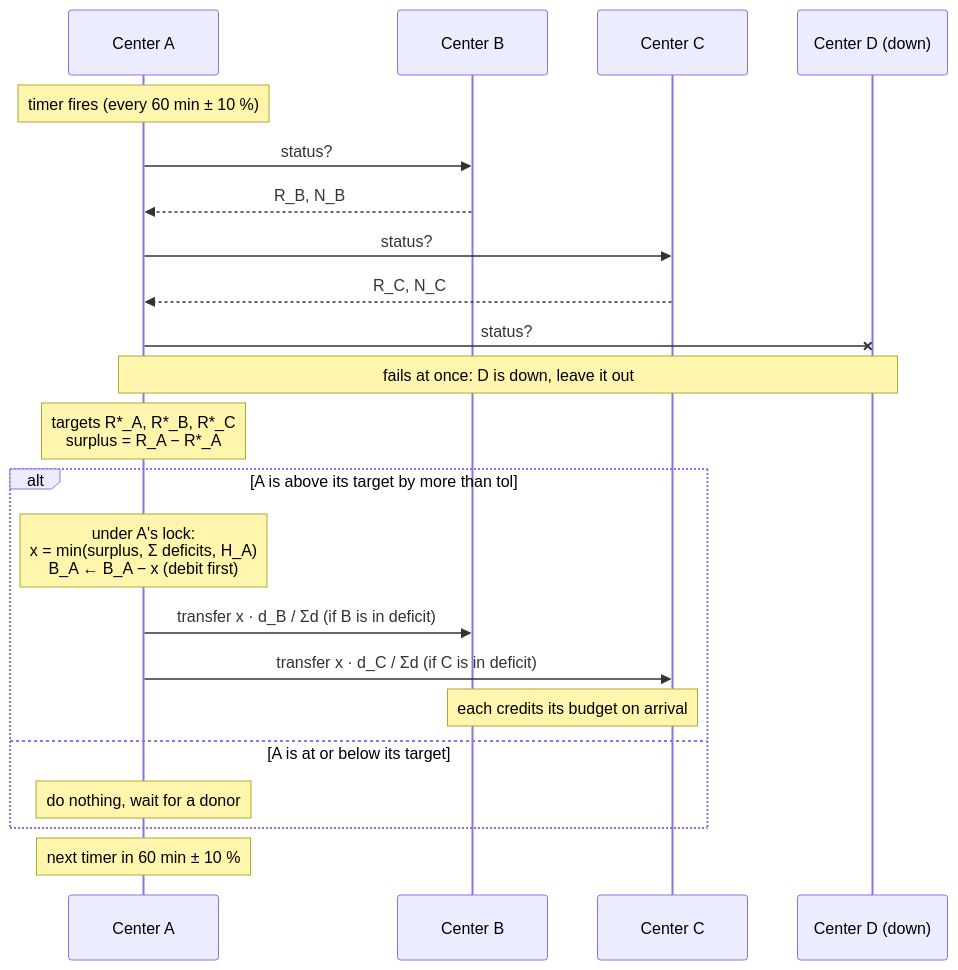
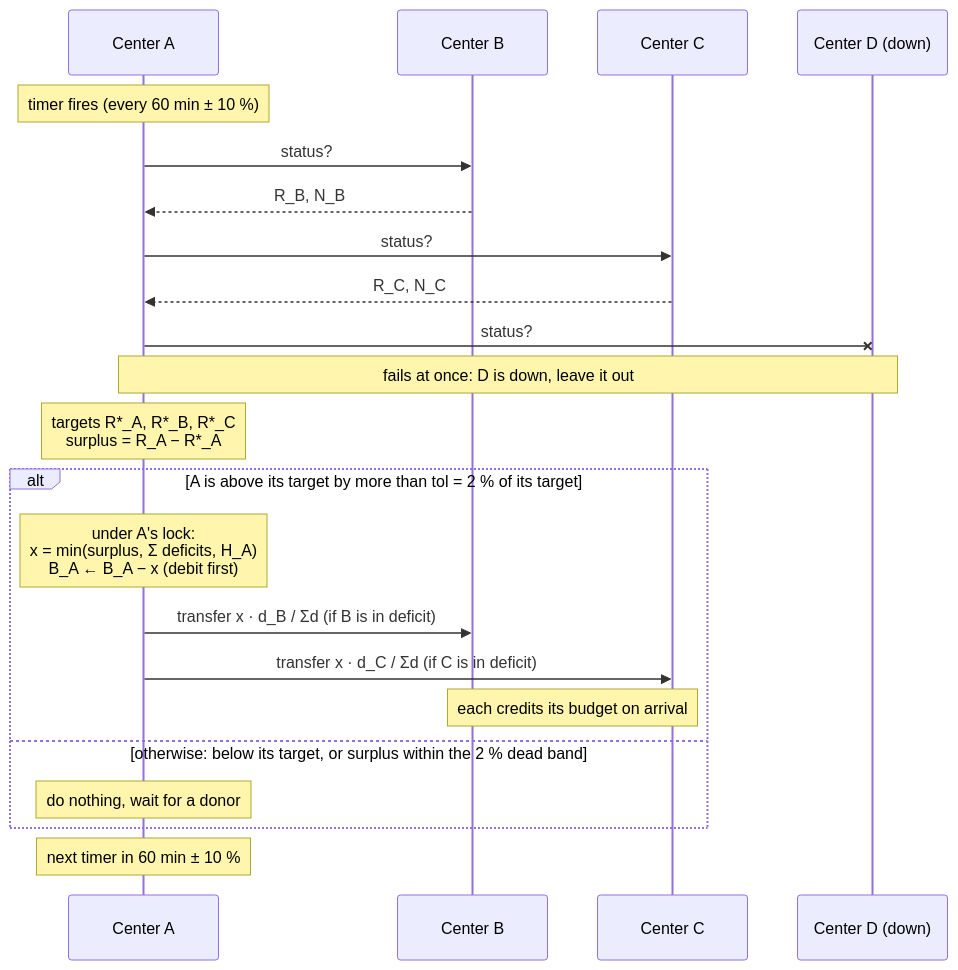
The third of 3 diagrams in MULTI.md (ayarodionov/budget_pacing), drawn with Mermaid before and after one commit. The commit also changed other lines of this file, not shown here.

Commit message:
MULTI.md: explain tol (relative dead band) in the timer walkthrough and diagram

````diff
--- a/MULTI.md
+++ b/MULTI.md
@@ -281,24 +281,24 @@
 ```mermaid
 sequenceDiagram
   participant A as Center A
   participant B as Center B
   participant C as Center C
   participant D as Center D (down)
   Note over A: timer fires (every 60 min ± 10 %)
   A->>B: status?
   B-->>A: R_B, N_B
   A->>C: status?
   C-->>A: R_C, N_C
   A-xD: status?
   Note over A,D: fails at once: D is down, leave it out
   Note over A: targets R*_A, R*_B, R*_C<br/>surplus = R_A − R*_A
-  alt A is above its target by more than tol
+  alt A is above its target by more than tol = 2 % of its target
     Note over A: under A's lock:<br/>x = min(surplus, Σ deficits, H_A)<br/>B_A ← B_A − x (debit first)
     A->>B: transfer x · d_B / Σd (if B is in deficit)
     A->>C: transfer x · d_C / Σd (if C is in deficit)
     Note over B,C: each credits its budget on arrival
-  else A is at or below its target
+  else otherwise: below its target, or surplus within the 2 % dead band
     Note over A: do nothing, wait for a donor
   end
   Note over A: next timer in 60 min ± 10 %
 ```
````
